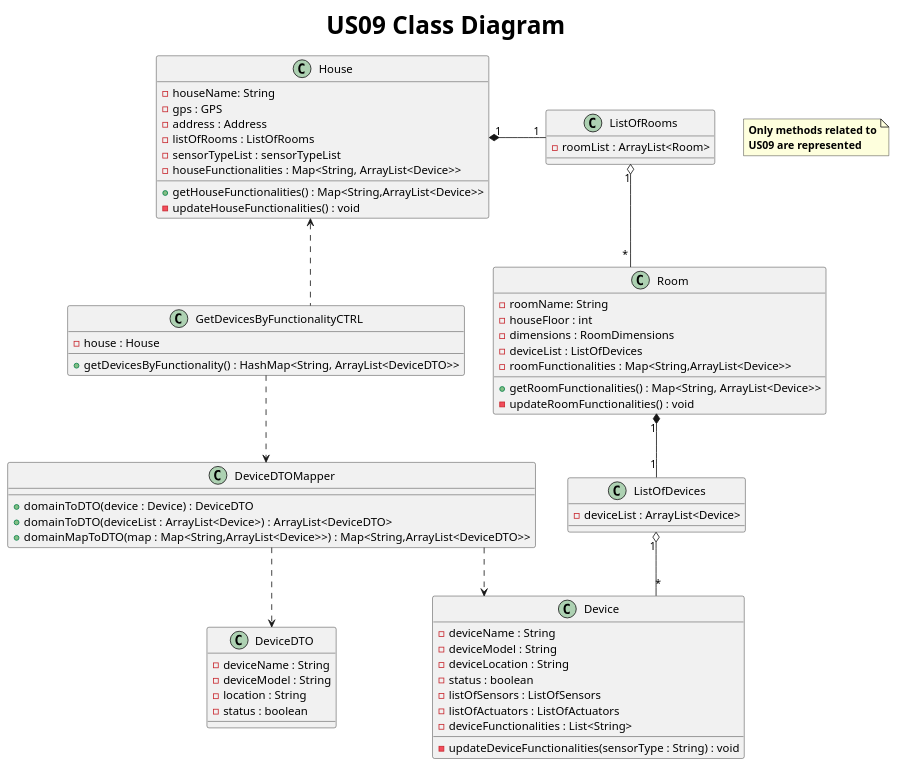
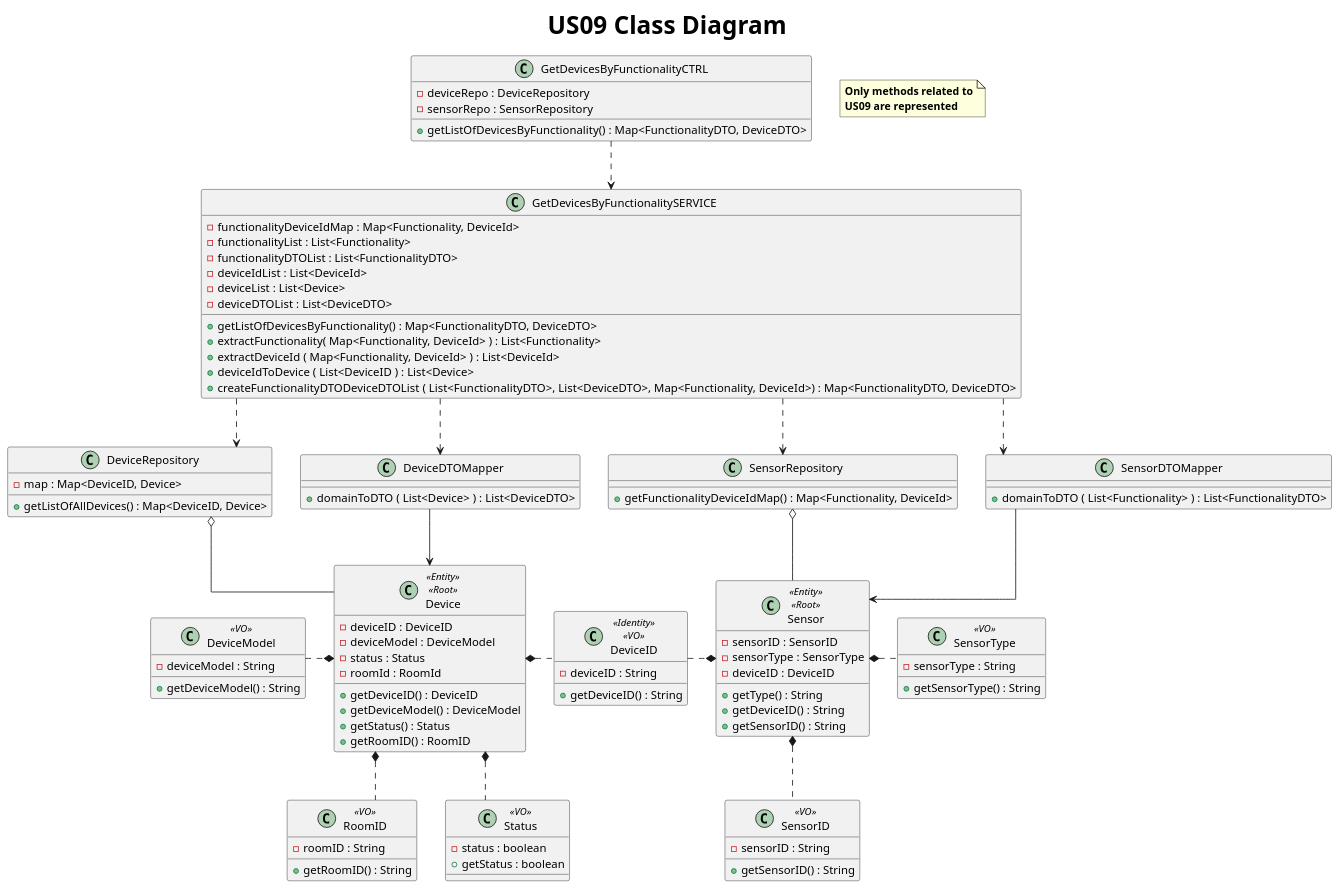
The diagram in Docs/US09/S3US09ClassDiagram.puml (AfonsoNeves77/smartHouse), drawn with PlantUML before and after one commit.

Commit message:
[docs]: add class diagram. Fixes #16

```diff
--- a/Docs/US09/S3US09ClassDiagram.puml
+++ b/Docs/US09/S3US09ClassDiagram.puml
@@ -1,83 +1,115 @@
 @startuml
 title <size: 30> US09 Class Diagram
 note "<b>Only methods related to\n<b>US09 are represented" as N1
 skinparam linetype ortho
 
 class GetDevicesByFunctionalityCTRL {
-    - house : House
-
-    + getDevicesByFunctionality() : HashMap<String, ArrayList<DeviceDTO>>
+    - deviceRepo : DeviceRepository
+    - sensorRepo : SensorRepository
+    + getListOfDevicesByFunctionality() : Map<FunctionalityDTO, DeviceDTO>
 }
 
-class House {
-    - houseName: String
-    - gps : GPS
-    - address : Address
-    - listOfRooms : ListOfRooms
-    - sensorTypeList : sensorTypeList
-    - houseFunctionalities : Map<String, ArrayList<Device>>
-
-    + getHouseFunctionalities() : Map<String,ArrayList<Device>>
-    - updateHouseFunctionalities() : void
+class GetDevicesByFunctionalitySERVICE {
+    - functionalityDeviceIdMap : Map<Functionality, DeviceId>
+    - functionalityList : List<Functionality>
+    - functionalityDTOList : List<FunctionalityDTO>
+    - deviceIdList : List<DeviceId>
+    - deviceList : List<Device>
+    - deviceDTOList : List<DeviceDTO>
+    + getListOfDevicesByFunctionality() : Map<FunctionalityDTO, DeviceDTO>
+    + extractFunctionality( Map<Functionality, DeviceId> ) : List<Functionality>
+    + extractDeviceId ( Map<Functionality, DeviceId> ) : List<DeviceId>
+    + deviceIdToDevice ( List<DeviceID ) : List<Device>
+    + createFunctionalityDTODeviceDTOList ( List<FunctionalityDTO>, List<DeviceDTO>, Map<Functionality, DeviceId>) : Map<FunctionalityDTO, DeviceDTO>
 }
 
-class ListOfRooms {
-    - roomList : ArrayList<Room>
+class Device <<Entity>> <<Root>>{
+    -deviceID : DeviceID
+    -deviceModel : DeviceModel
+    -status : Status
+    -roomId : RoomId
+    +getDeviceID() : DeviceID
+    +getDeviceModel() : DeviceModel
+    +getStatus() : Status
+    +getRoomID() : RoomID
 }
 
-class Room {
-    - roomName: String
-    - houseFloor : int
-    - dimensions : RoomDimensions
-    - deviceList : ListOfDevices
-    - roomFunctionalities : Map<String,ArrayList<Device>>
-
-    + getRoomFunctionalities() : Map<String, ArrayList<Device>>
-    - updateRoomFunctionalities() : void
-
-
+class DeviceID <<Identity>> <<VO>> {
+    -deviceID : String
+    +getDeviceID() : String
 }
 
-class ListOfDevices {
-    - deviceList : ArrayList<Device>
+class DeviceModel <<VO>> {
+    -deviceModel : String
+    +getDeviceModel() : String
 }
 
-class DeviceDTO {
-    - deviceName : String
-    - deviceModel : String
-    - location : String
-    - status : boolean
+class RoomID <<VO>> {
+    -roomID : String
+    +getRoomID() : String
 }
 
-class Device {
-    - deviceName : String
-    - deviceModel : String
-    - deviceLocation : String
-    - status : boolean
-    - listOfSensors : ListOfSensors
-    - listOfActuators : ListOfActuators
-    - deviceFunctionalities : List<String>
+class Status <<VO>> {
+    -status : boolean
+    +getStatus : boolean
+}
 
-    - updateDeviceFunctionalities(sensorType : String) : void
+class DeviceRepository {
+    - map : Map<DeviceID, Device>
+    + getListOfAllDevices() : Map<DeviceID, Device>
+}
+
+class SensorRepository {
+    +getFunctionalityDeviceIdMap() : Map<Functionality, DeviceId>
+}
+
+class Sensor <<Entity>> <<Root>>{
+    - sensorID : SensorID
+    - sensorType : SensorType
+    - deviceID : DeviceID
+    +getType() : String
+    +getDeviceID() : String
+    +getSensorID() : String
+}
+
+class SensorID <<VO>> {
+    -sensorID : String
+    +getSensorID() : String
+}
+
+class SensorType <<VO>> {
+    -sensorType : String
+    +getSensorType() : String
+}
+
+class SensorDTOMapper {
+    +domainToDTO ( List<Functionality> ) : List<FunctionalityDTO>
 }
 
 class DeviceDTOMapper {
-    + domainToDTO(device : Device) : DeviceDTO
-    + domainToDTO(deviceList : ArrayList<Device>) : ArrayList<DeviceDTO>
-    + domainMapToDTO(map : Map<String,ArrayList<Device>>) : Map<String,ArrayList<DeviceDTO>>
+    +domainToDTO ( List<Device> ) : List<DeviceDTO>
 }
 
-GetDevicesByFunctionalityCTRL -up.> House
-House "1" *- "1" ListOfRooms
-ListOfRooms "1" o-- "*" Room
-Room "1" *-- "1" ListOfDevices
-ListOfDevices "1" o-right- "*" Device
+GetDevicesByFunctionalityCTRL ..> GetDevicesByFunctionalitySERVICE
 
-GetDevicesByFunctionalityCTRL -down.> DeviceDTOMapper
+GetDevicesByFunctionalitySERVICE ..> DeviceRepository
+GetDevicesByFunctionalitySERVICE ..> SensorDTOMapper
+GetDevicesByFunctionalitySERVICE ..> SensorRepository
+GetDevicesByFunctionalitySERVICE ..> DeviceDTOMapper
 
-DeviceDTOMapper ..> DeviceDTO
-DeviceDTOMapper ..> Device
+DeviceRepository o-- Device
+DeviceDTOMapper --> Device
 
+SensorRepository o-- Sensor
+SensorDTOMapper --> Sensor
 
+Device *..left DeviceModel
+Device *..right DeviceID
+Device *.. RoomID
+Device *.. Status
+
+Sensor *..right SensorType
+Sensor *..left DeviceID
+Sensor *.. SensorID
 
 @enduml
```
